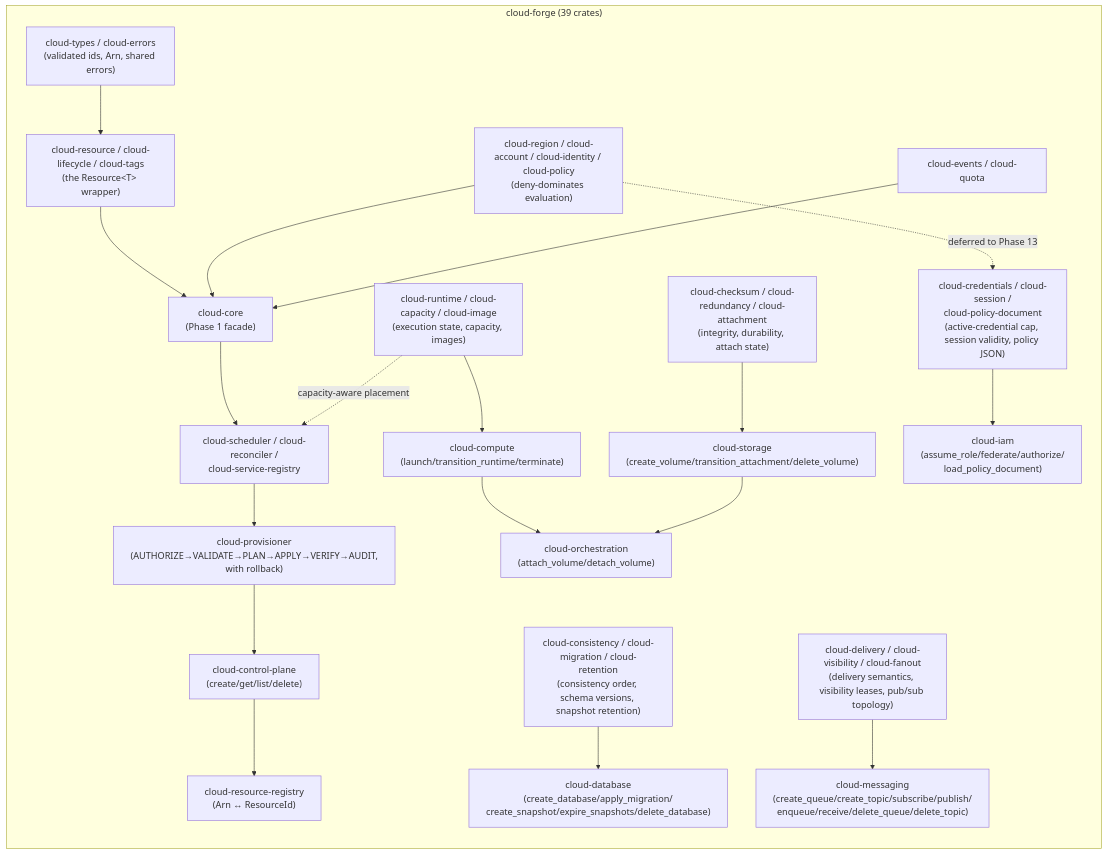
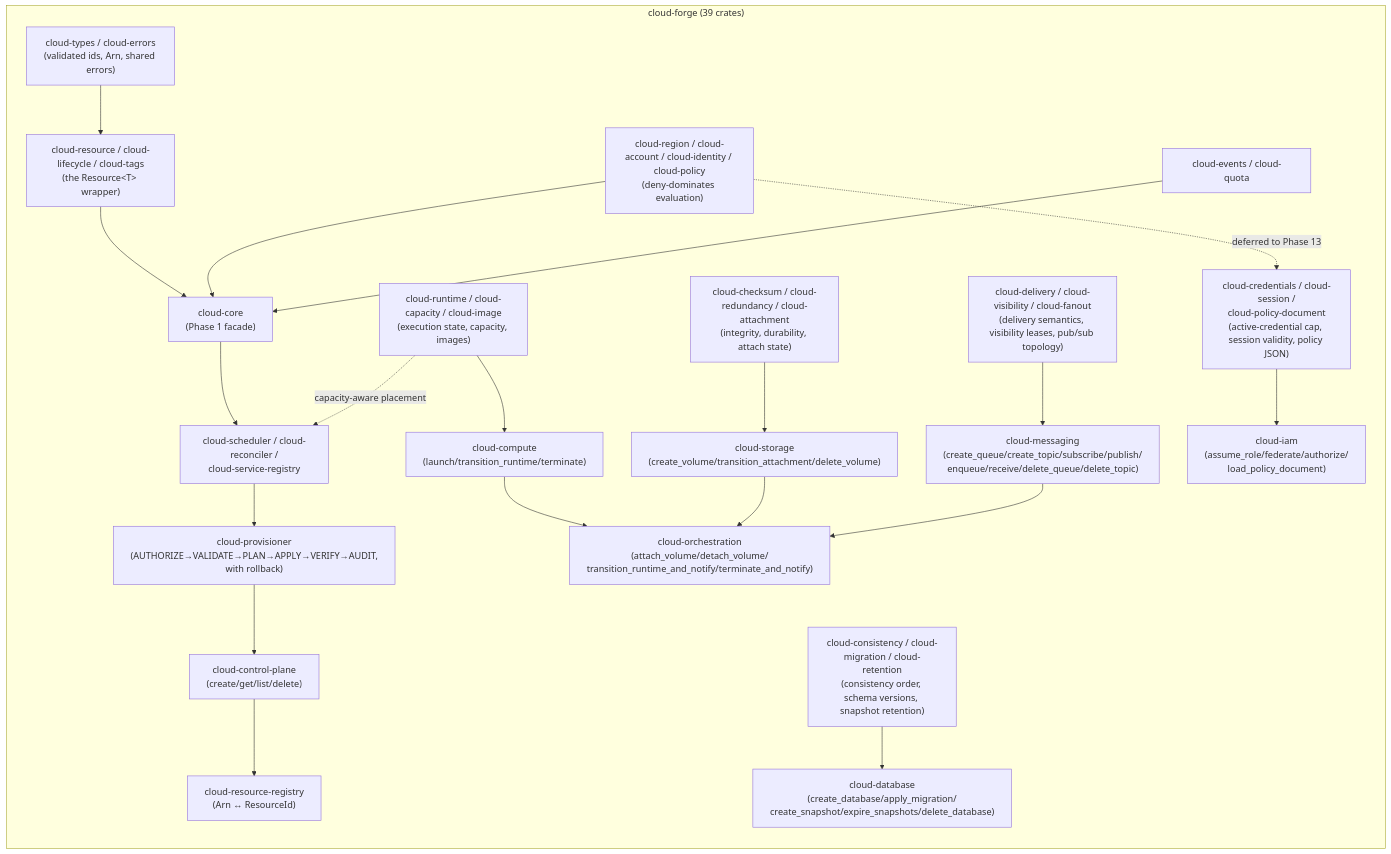
Before and after one commit to SNAPKITTYAGENT9NOVA/tlm-jxcl-forge: the fifth of 5 diagrams in README.md, drawn with Mermaid. The commit also changed other lines of this file and 4 other files, not shown here.

````diff
--- a/README.md
+++ b/README.md
@@ -422,40 +425,41 @@
 ```mermaid
 flowchart LR
     subgraph cf["cloud-forge (39 crates)"]
         direction TB
         types["cloud-types / cloud-errors<br/>(validated ids, Arn, shared errors)"]
         model["cloud-resource / cloud-lifecycle / cloud-tags<br/>(the Resource&lt;T&gt; wrapper)"]
         access["cloud-region / cloud-account / cloud-identity / cloud-policy<br/>(deny-dominates evaluation)"]
         ops["cloud-events / cloud-quota"]
         core["cloud-core<br/>(Phase 1 facade)"]
         control["cloud-scheduler / cloud-reconciler /<br/>cloud-service-registry"]
         pipeline["cloud-provisioner<br/>(AUTHORIZE→VALIDATE→PLAN→APPLY→VERIFY→AUDIT,<br/>with rollback)"]
         plane["cloud-control-plane<br/>(create/get/list/delete)"]
         names["cloud-resource-registry<br/>(Arn ↔ ResourceId)"]
         compute["cloud-runtime / cloud-capacity / cloud-image<br/>(execution state, capacity, images)"]
         storage["cloud-checksum / cloud-redundancy / cloud-attachment<br/>(integrity, durability, attach state)"]
         database["cloud-consistency / cloud-migration / cloud-retention<br/>(consistency order, schema versions, snapshot retention)"]
         messaging["cloud-delivery / cloud-visibility / cloud-fanout<br/>(delivery semantics, visibility leases, pub/sub topology)"]
         computeSvc["cloud-compute<br/>(launch/transition_runtime/terminate)"]
         storageSvc["cloud-storage<br/>(create_volume/transition_attachment/delete_volume)"]
         databaseSvc["cloud-database<br/>(create_database/apply_migration/<br/>create_snapshot/expire_snapshots/delete_database)"]
         messagingSvc["cloud-messaging<br/>(create_queue/create_topic/subscribe/publish/<br/>enqueue/receive/delete_queue/delete_topic)"]
-        orchestration["cloud-orchestration<br/>(attach_volume/detach_volume)"]
+        orchestration["cloud-orchestration<br/>(attach_volume/detach_volume/<br/>transition_runtime_and_notify/terminate_and_notify)"]
         iam["cloud-credentials / cloud-session /<br/>cloud-policy-document<br/>(active-credential cap, session validity, policy JSON)"]
         iamSvc["cloud-iam<br/>(assume_role/federate/authorize/<br/>load_policy_document)"]
         types --> model --> core
         access --> core
         ops --> core
         core --> control --> pipeline --> plane
         plane --> names
         compute -.capacity-aware placement.-> control
         compute --> computeSvc
         storage --> storageSvc
         database --> databaseSvc
         messaging --> messagingSvc
         computeSvc --> orchestration
         storageSvc --> orchestration
+        messagingSvc --> orchestration
         access -.deferred to Phase 13.-> iam
         iam --> iamSvc
     end
 ```
````
